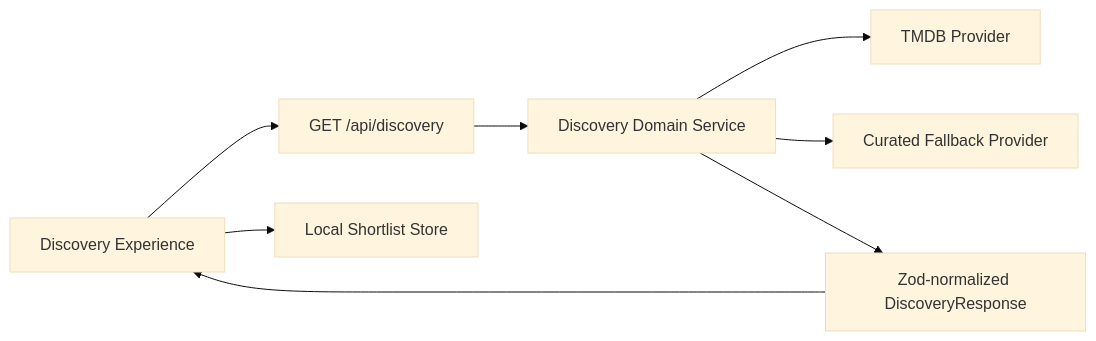
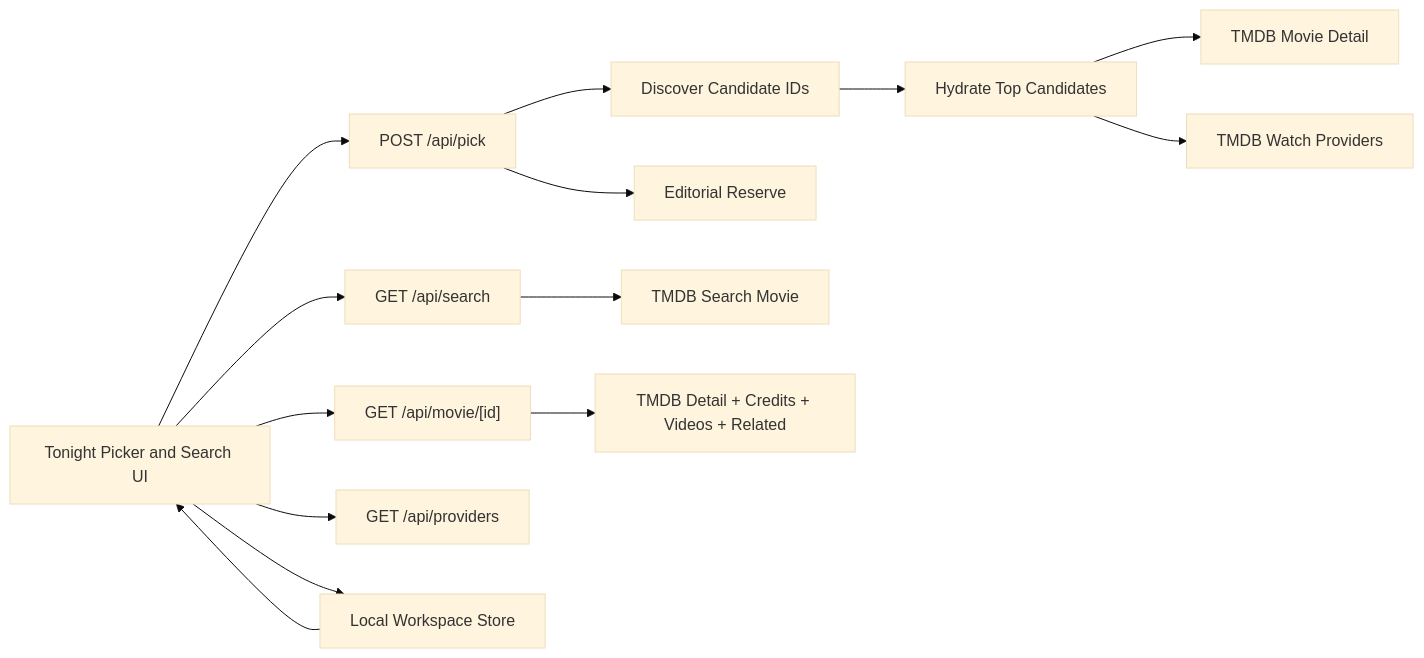
Before and after one commit to AibSyed/film-forage: the diagram in docs/architecture.md, drawn with Mermaid (base theme). The commit also changed other lines of this file and 75 other files, not shown here.

Commit message:
Rebuild Film Forage as a tonight picker (#32)

````diff
--- a/docs/architecture.md
+++ b/docs/architecture.md
@@ -10,10 +10,16 @@
 ```mermaid
 flowchart LR
-  UI["Discovery Experience"] --> API["GET /api/discovery"]
-  API --> DOM["Discovery Domain Service"]
-  DOM --> TMDB["TMDB Provider"]
-  DOM --> FALL["Curated Fallback Provider"]
-  DOM --> VM["Zod-normalized DiscoveryResponse"]
-  VM --> UI
-  UI --> SL["Local Shortlist Store"]
+  UI["Tonight Picker and Search UI"] --> PICK["POST /api/pick"]
+  UI --> SEARCH["GET /api/search"]
+  UI --> MOVIE["GET /api/movie/[id]"]
+  UI --> PROVIDERS["GET /api/providers"]
+  PICK --> DISC["Discover Candidate IDs"]
+  DISC --> HYDRATE["Hydrate Top Candidates"]
+  HYDRATE --> TMDB1["TMDB Movie Detail"]
+  HYDRATE --> TMDB2["TMDB Watch Providers"]
+  SEARCH --> TMDB3["TMDB Search Movie"]
+  MOVIE --> TMDB4["TMDB Detail + Credits + Videos + Related"]
+  PICK --> RES["Editorial Reserve"]
+  UI --> WS["Local Workspace Store"]
+  WS --> UI
 ```
````
